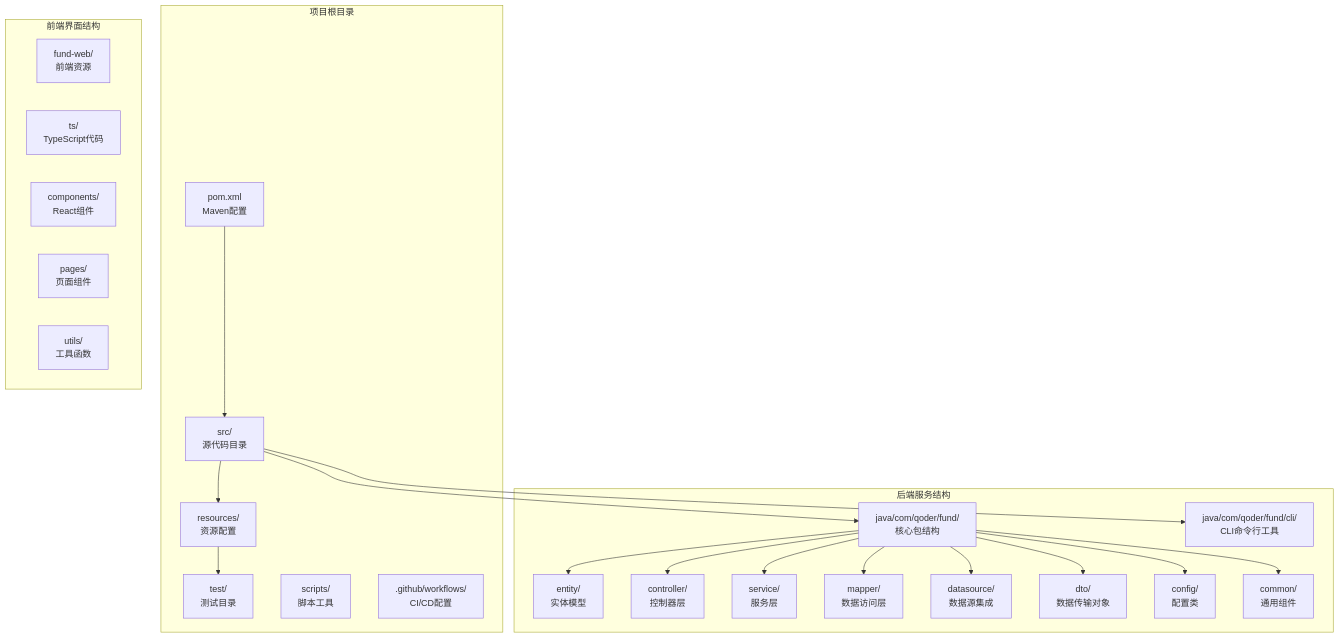
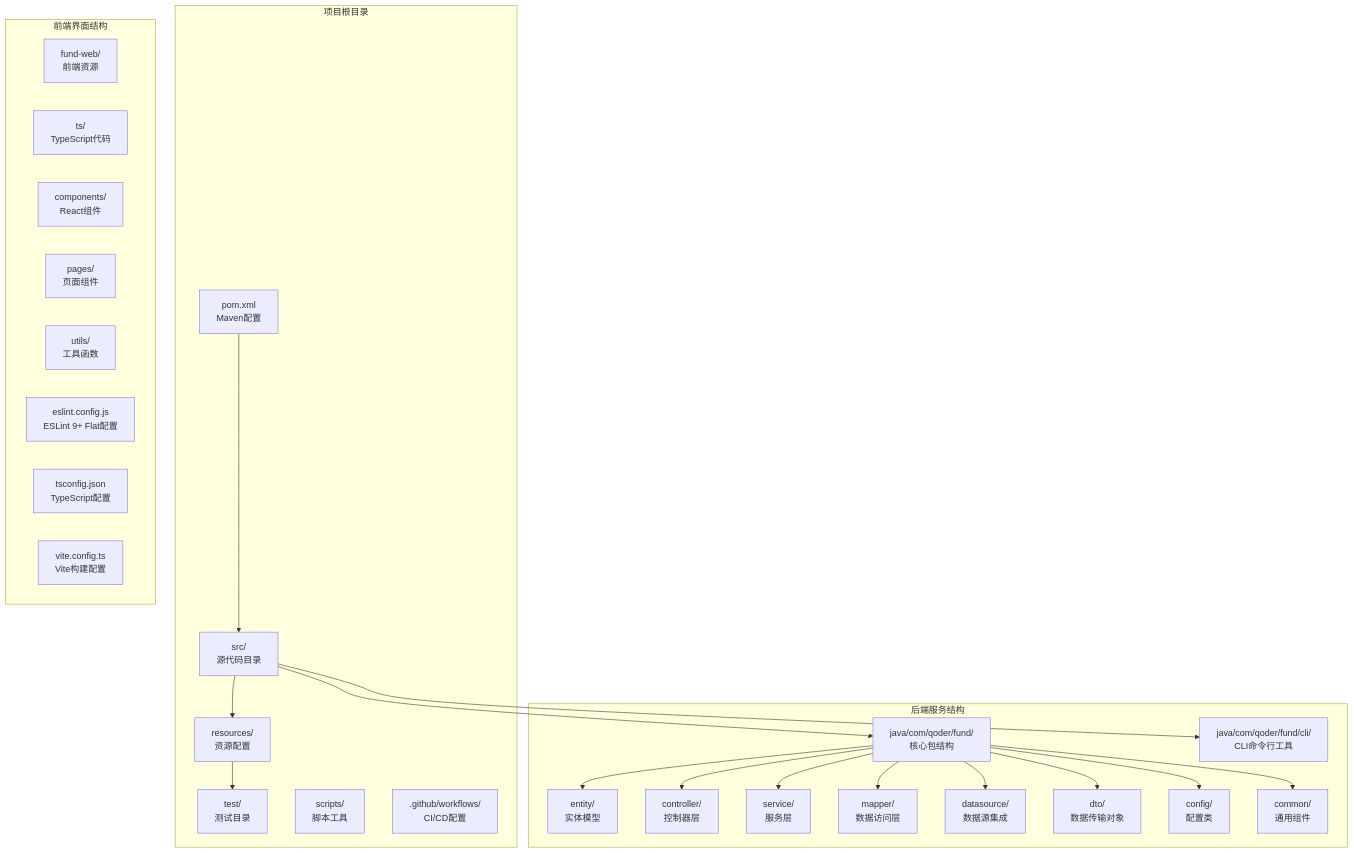
The first of 30 diagrams in .qoder/repowiki/zh/content/核心功能开发/核心功能开发.md (gree-coder/fund-butler), drawn with Mermaid before and after one commit. The commit also changed other lines of this file and 15 other files, not shown here.

````diff
--- a/.qoder/repowiki/zh/content/核心功能开发/核心功能开发.md
+++ b/.qoder/repowiki/zh/content/核心功能开发/核心功能开发.md
@@ -115,43 +124,46 @@
 ```mermaid
 graph TB
 subgraph "项目根目录"
 POM[pom.xml<br/>Maven配置]
 SRC[src/<br/>源代码目录]
 RES[resources/<br/>资源配置]
 TEST[test/<br/>测试目录]
 SCRIPTS[scripts/<br/>脚本工具]
 GITHUB[.github/workflows/<br/>CI/CD配置]
 end
 subgraph "后端服务结构"
 JAVA[java/com/qoder/fund/<br/>核心包结构]
 CLI[java/com/qoder/fund/cli/<br/>CLI命令行工具]
 ENTITY[entity/<br/>实体模型]
 CONTROLLER[controller/<br/>控制器层]
 SERVICE[service/<br/>服务层]
 MAPPER[mapper/<br/>数据访问层]
 DATASOURCE[datasource/<br/>数据源集成]
 DTO[dto/<br/>数据传输对象]
 CONFIG[config/<br/>配置类]
 COMMON[common/<br/>通用组件]
 end
 subgraph "前端界面结构"
 WEB[fund-web/<br/>前端资源]
 TS[ts/<br/>TypeScript代码]
 COMPONENTS[components/<br/>React组件]
 PAGES[pages/<br/>页面组件]
 UTILS[utils/<br/>工具函数]
+ESLINT[eslint.config.js<br/>ESLint 9+ Flat配置]
+TS_CONFIG[tsconfig.json<br/>TypeScript配置]
+VITE[vite.config.ts<br/>Vite构建配置]
 end
 POM --> SRC
 SRC --> JAVA
 SRC --> CLI
 SRC --> RES
 JAVA --> ENTITY
 JAVA --> CONTROLLER
 JAVA --> SERVICE
 JAVA --> MAPPER
 JAVA --> DATASOURCE
 JAVA --> DTO
 JAVA --> CONFIG
 JAVA --> COMMON
 RES --> TEST
 ```
````
